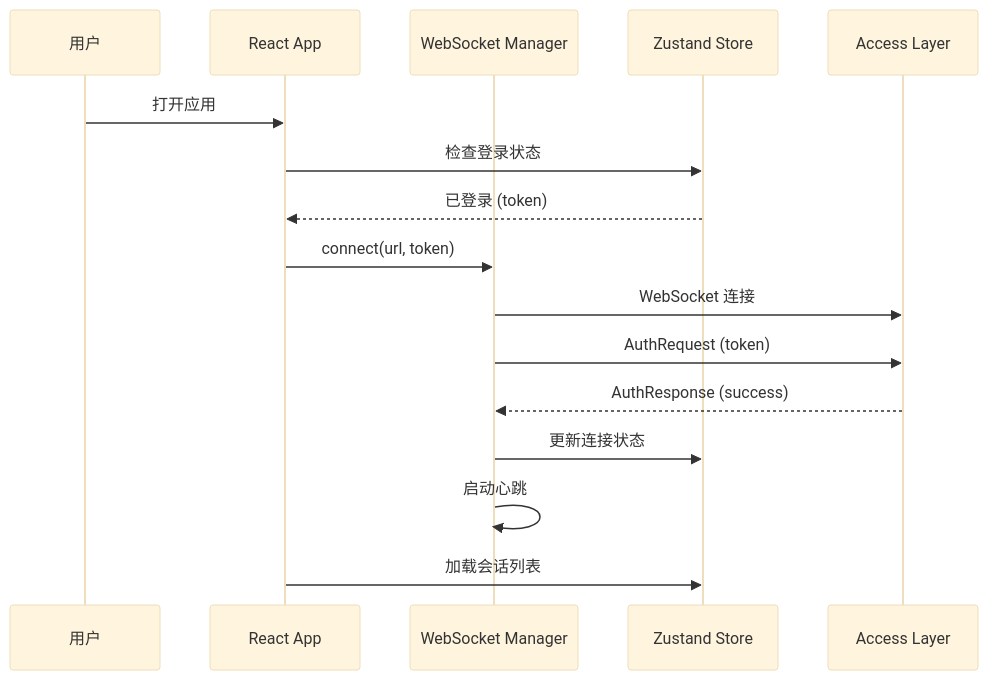
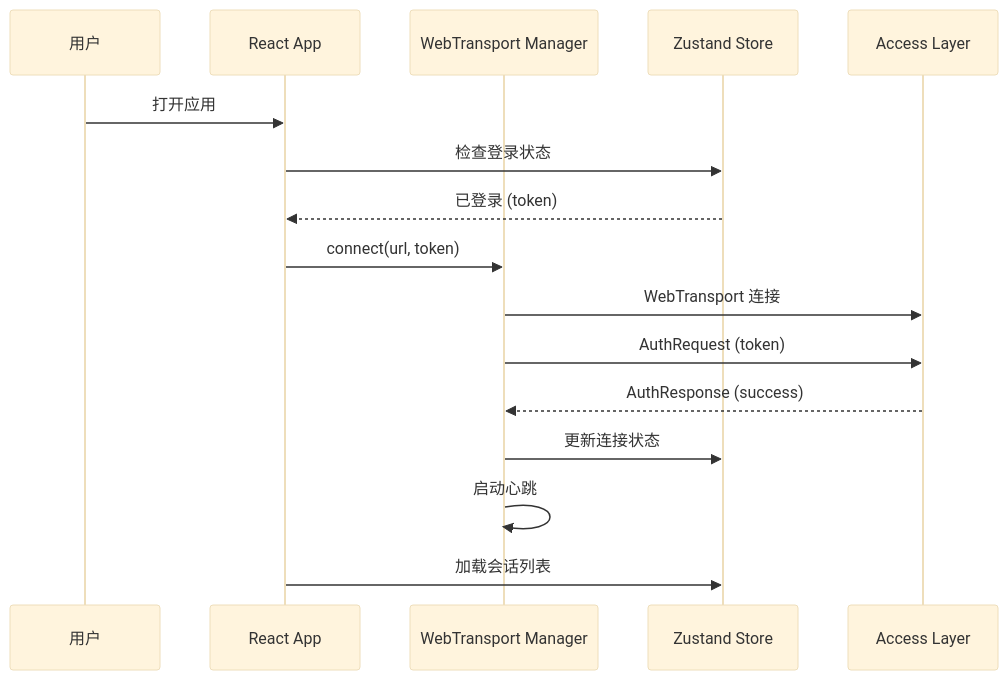
The fourth of 8 diagrams in docs/web-client-architecture.md (zhwillwintheworld/im-go), drawn with Mermaid (base theme) before and after one commit. The commit also changed other lines of this file and 87 other files, not shown here.

````diff
--- a/docs/web-client-architecture.md
+++ b/docs/web-client-architecture.md
@@ -283,19 +283,19 @@
 ```mermaid
 sequenceDiagram
     participant User as 用户
     participant App as React App
-    participant WS as WebSocket Manager
+    participant WT as WebTransport Manager
     participant Store as Zustand Store
     participant Server as Access Layer
 
     User->>App: 打开应用
     App->>Store: 检查登录状态
     Store-->>App: 已登录 (token)
-    App->>WS: connect(url, token)
-    WS->>Server: WebSocket 连接
-    WS->>Server: AuthRequest (token)
-    Server-->>WS: AuthResponse (success)
-    WS->>Store: 更新连接状态
-    WS->>WS: 启动心跳
+    App->>WT: connect(url, token)
+    WT->>Server: WebTransport 连接
+    WT->>Server: AuthRequest (token)
+    Server-->>WT: AuthResponse (success)
+    WT->>Store: 更新连接状态
+    WT->>WT: 启动心跳
     App->>Store: 加载会话列表
 ```
````
